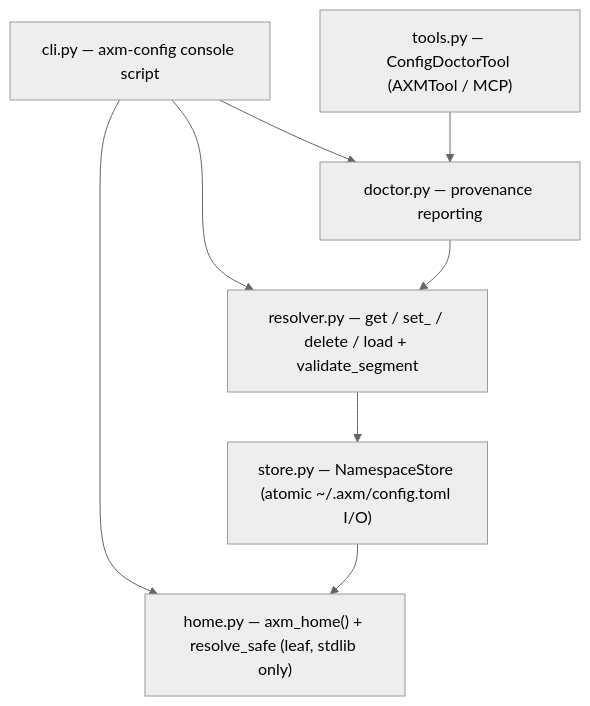
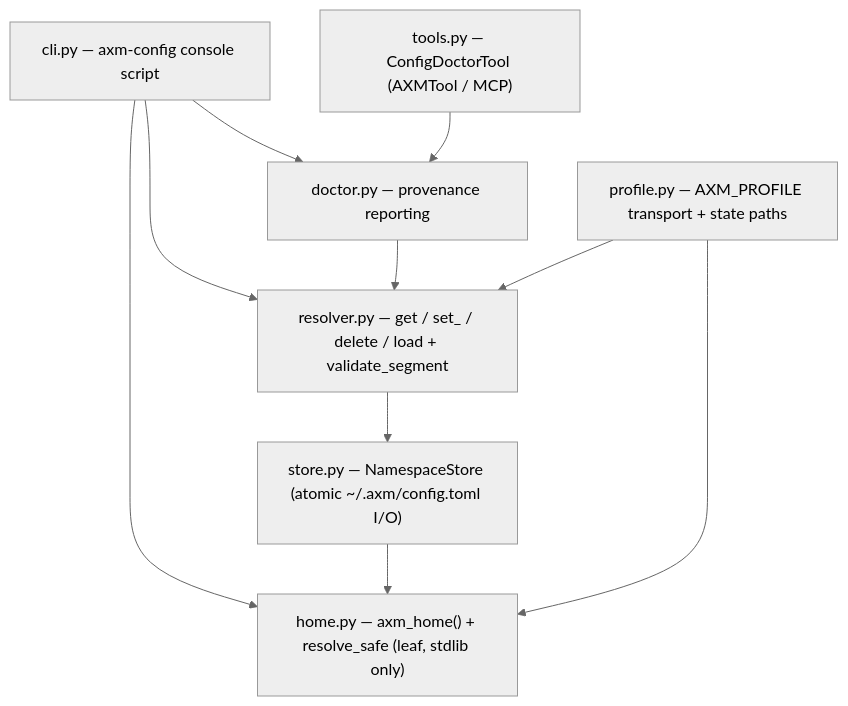
Before and after one commit to axm-protocols/axm-forge: the diagram in packages/axm-config/docs/explanation/architecture.md, drawn with Mermaid (neutral theme). The commit also changed other lines of this file and 5 other files, not shown here.

First line of the commit message:
feat(axm-config): add state profile transport

````diff
--- a/packages/axm-config/docs/explanation/architecture.md
+++ b/packages/axm-config/docs/explanation/architecture.md
@@ -8,17 +9,20 @@
 ```mermaid
 graph TD
     CLI["cli.py — axm-config console script"]
     Tool["tools.py — ConfigDoctorTool (AXMTool / MCP)"]
     Doctor["doctor.py — provenance reporting"]
     Resolver["resolver.py — get / set_ / delete / load + validate_segment"]
     Store["store.py — NamespaceStore (atomic ~/.axm/config.toml I/O)"]
     Home["home.py — axm_home() + resolve_safe (leaf, stdlib only)"]
+    Profile["profile.py — AXM_PROFILE transport + state paths"]
 
     CLI --> Resolver
     CLI --> Doctor
     CLI --> Home
     Tool --> Doctor
     Doctor --> Resolver
     Resolver --> Store
     Store --> Home
+    Profile --> Home
+    Profile --> Resolver
 ```
````
